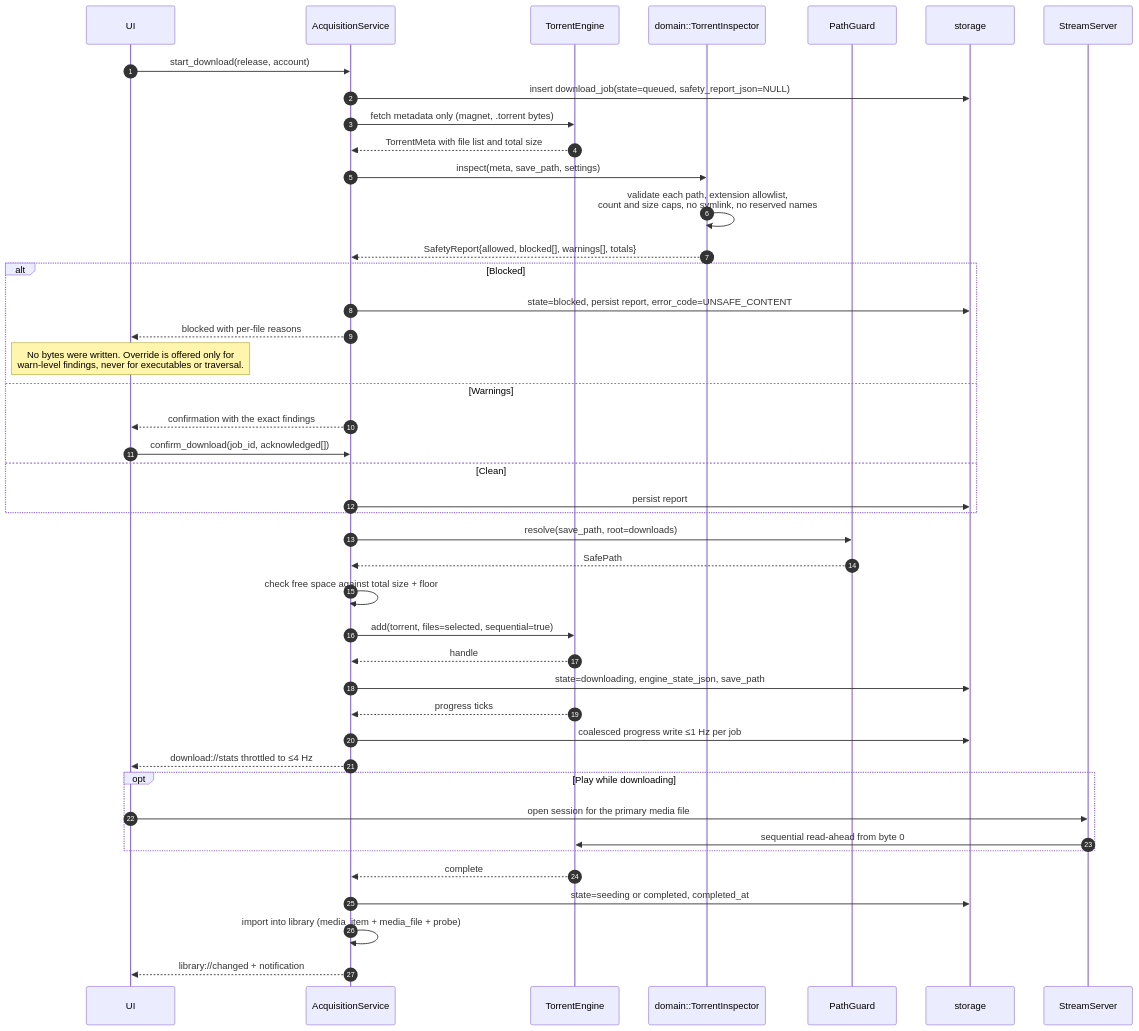
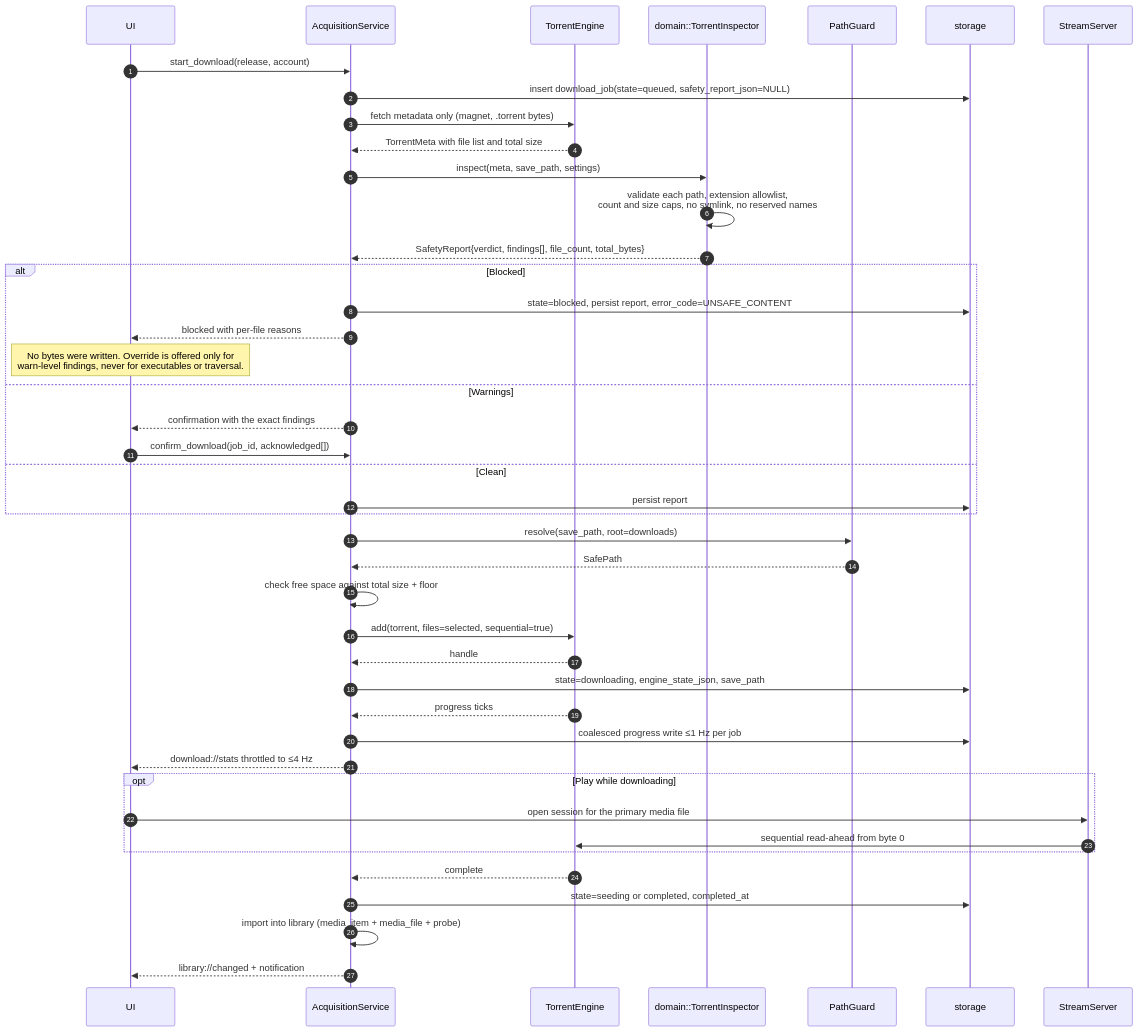
One commit to DavidNgugi/peregrine changed the sixth of 20 diagrams in docs/FLOWS.md. Above: the diagram before and after it, drawn with Mermaid. The commit also changed 3 other files, not shown here.

````diff
--- a/docs/FLOWS.md
+++ b/docs/FLOWS.md
@@ -242,51 +242,51 @@
 ```mermaid
 sequenceDiagram
     autonumber
     participant UI
     participant Acq as AcquisitionService
     participant Eng as TorrentEngine
     participant Gate as domain::TorrentInspector
     participant Perm as PathGuard
     participant DB as storage
     participant Stream as StreamServer
 
     UI->>Acq: start_download(release, account)
     Acq->>DB: insert download_job(state=queued, safety_report_json=NULL)
     Acq->>Eng: fetch metadata only (magnet, .torrent bytes)
     Eng-->>Acq: TorrentMeta with file list and total size
 
     Acq->>Gate: inspect(meta, save_path, settings)
     Gate->>Gate: validate each path, extension allowlist,<br/>count and size caps, no symlink, no reserved names
-    Gate-->>Acq: SafetyReport{allowed, blocked[], warnings[], totals}
+    Gate-->>Acq: SafetyReport{verdict, findings[], file_count, total_bytes}
 
     alt Blocked
         Acq->>DB: state=blocked, persist report, error_code=UNSAFE_CONTENT
         Acq-->>UI: blocked with per-file reasons
         Note over UI: No bytes were written. Override is offered only for<br/>warn-level findings, never for executables or traversal.
     else Warnings
         Acq-->>UI: confirmation with the exact findings
         UI->>Acq: confirm_download(job_id, acknowledged[])
     else Clean
         Acq->>DB: persist report
     end
 
     Acq->>Perm: resolve(save_path, root=downloads)
     Perm-->>Acq: SafePath
     Acq->>Acq: check free space against total size + floor
     Acq->>Eng: add(torrent, files=selected, sequential=true)
     Eng-->>Acq: handle
     Acq->>DB: state=downloading, engine_state_json, save_path
     Eng-->>Acq: progress ticks
     Acq->>DB: coalesced progress write ≤1 Hz per job
     Acq-->>UI: download://stats throttled to ≤4 Hz
 
     opt Play while downloading
         UI->>Stream: open session for the primary media file
         Stream->>Eng: sequential read-ahead from byte 0
     end
 
     Eng-->>Acq: complete
     Acq->>DB: state=seeding or completed, completed_at
     Acq->>Acq: import into library (media_item + media_file + probe)
     Acq-->>UI: library://changed + notification
 ```
````
